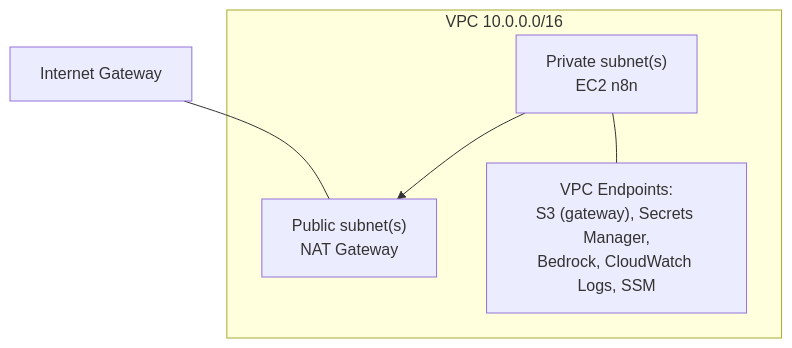
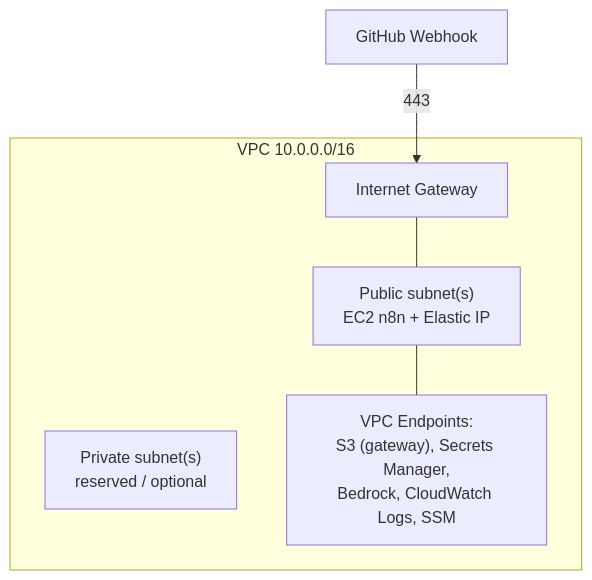
Before and after one commit to teddynted/ai-github-repository-blog-generator: the diagram in docs/infrastructure.md, drawn with Mermaid. The commit also changed other lines of this file and 9 other files, not shown here.

First line of the commit message:
docs: make GitHub Webhooks the primary trigger across the docs

````diff
--- a/docs/infrastructure.md
+++ b/docs/infrastructure.md
@@ -100,11 +101,12 @@
 ```mermaid
 flowchart TB
+    GH[GitHub Webhook] -->|443| IGW
     subgraph VPC["VPC 10.0.0.0/16"]
-        PUB["Public subnet(s)<br/>NAT Gateway"]
-        PRIV["Private subnet(s)<br/>EC2 n8n"]
+        IGW[Internet Gateway]
+        PUB["Public subnet(s)<br/>EC2 n8n + Elastic IP"]
+        PRIV["Private subnet(s)<br/>reserved / optional"]
         VPCE["VPC Endpoints:<br/>S3 (gateway), Secrets Manager,<br/>Bedrock, CloudWatch Logs, SSM"]
     end
-    IGW[Internet Gateway] --- PUB
-    PRIV --> PUB
-    PRIV --- VPCE
+    IGW --- PUB
+    PUB --- VPCE
 ```
````
